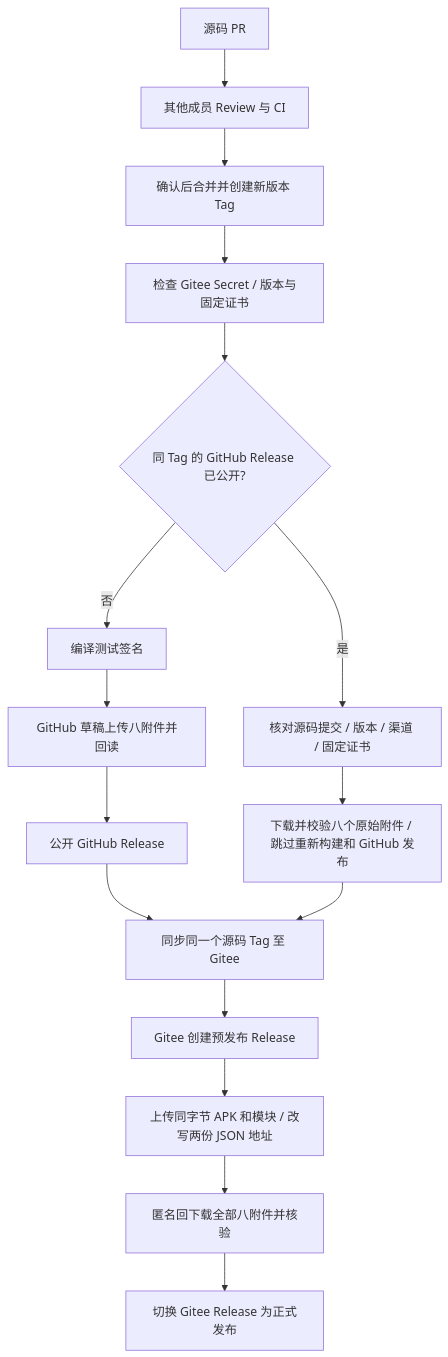
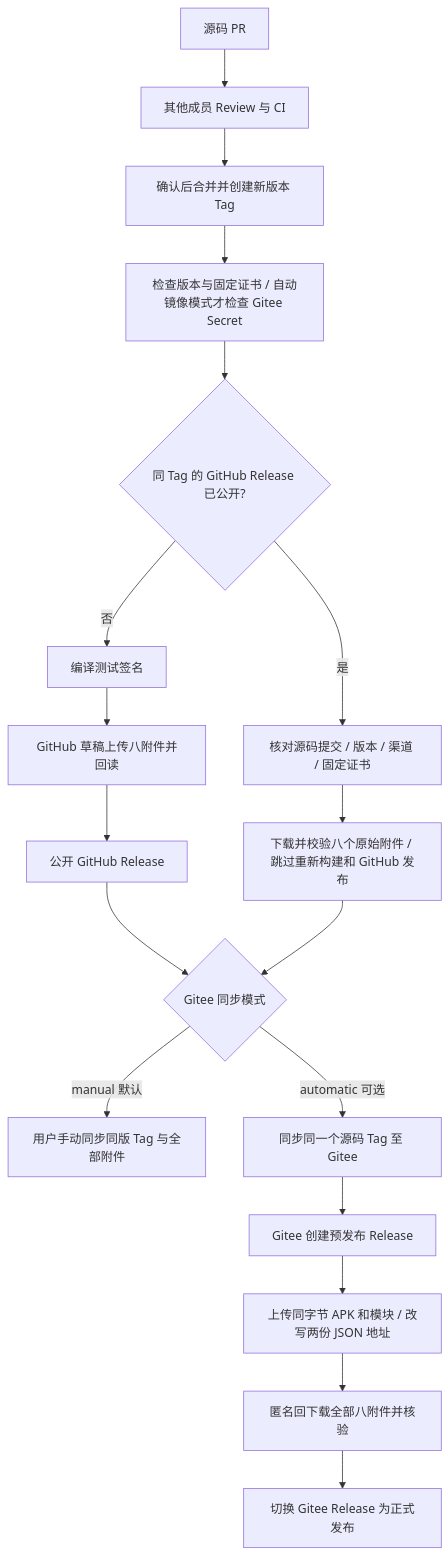
Before and after one commit to GiraffesLoveBeauty/ACM-Forever: the diagram in docs/android-v0.2.27-gitee-updates.md, drawn with Mermaid. The commit also changed other lines of this file and 3 other files, not shown here.

````diff
--- a/docs/android-v0.2.27-gitee-updates.md
+++ b/docs/android-v0.2.27-gitee-updates.md
@@ -28,18 +28,20 @@
 ```mermaid
 flowchart TD
     A[源码 PR] --> B[其他成员 Review 与 CI]
     B --> C[确认后合并并创建新版本 Tag]
-    C --> D[检查 Gitee Secret / 版本与固定证书]
+    C --> D[检查版本与固定证书 / 自动镜像模式才检查 Gitee Secret]
     D --> R{同 Tag 的 GitHub Release 已公开?}
     R -->|否| N[编译测试签名]
     N --> E[GitHub 草稿上传八附件并回读]
     E --> F[公开 GitHub Release]
-    F --> G[同步同一个源码 Tag 至 Gitee]
+    F --> M{Gitee 同步模式}
+    M -->|manual 默认| X[用户手动同步同版 Tag 与全部附件]
+    M -->|automatic 可选| G[同步同一个源码 Tag 至 Gitee]
     R -->|是| V[核对源码提交 / 版本 / 渠道 / 固定证书]
     V --> W[下载并校验八个原始附件 / 跳过重新构建和 GitHub 发布]
-    W --> G
+    W --> M
     G --> H[Gitee 创建预发布 Release]
     H --> I[上传同字节 APK 和模块 / 改写两份 JSON 地址]
     I --> J[匿名回下载全部八附件并核验]
     J --> K[切换 Gitee Release 为正式发布]
 ```
````
